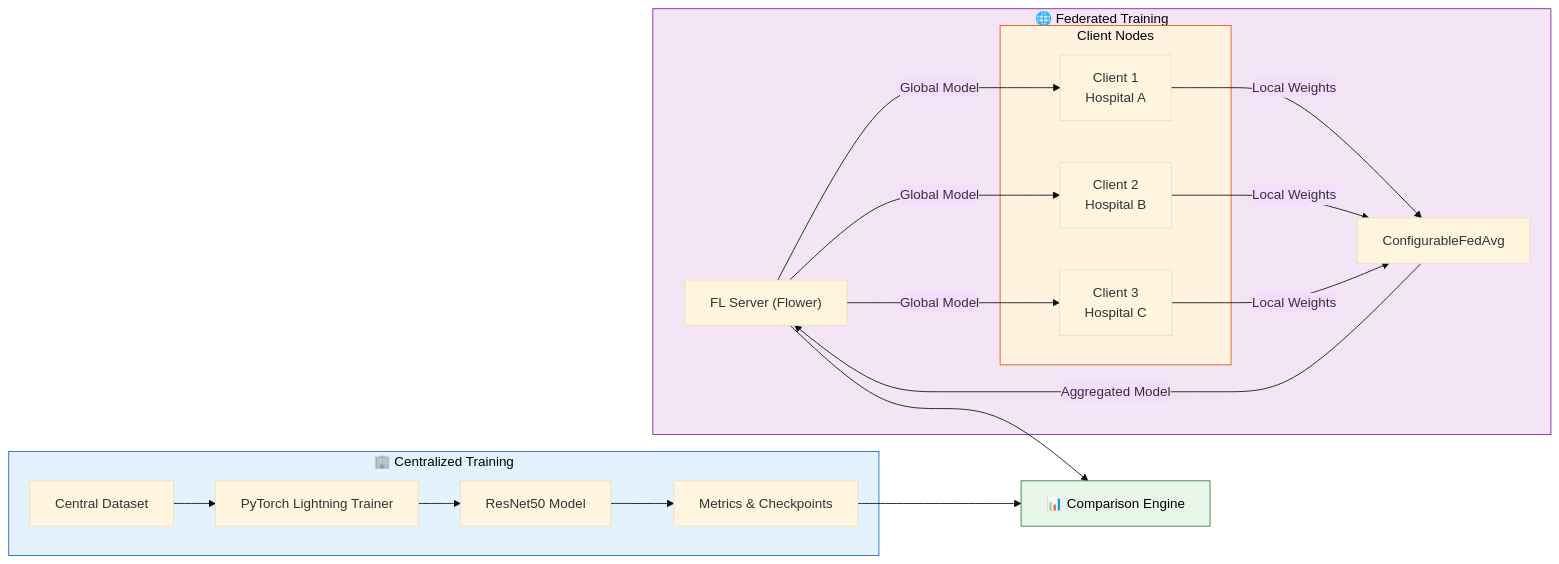
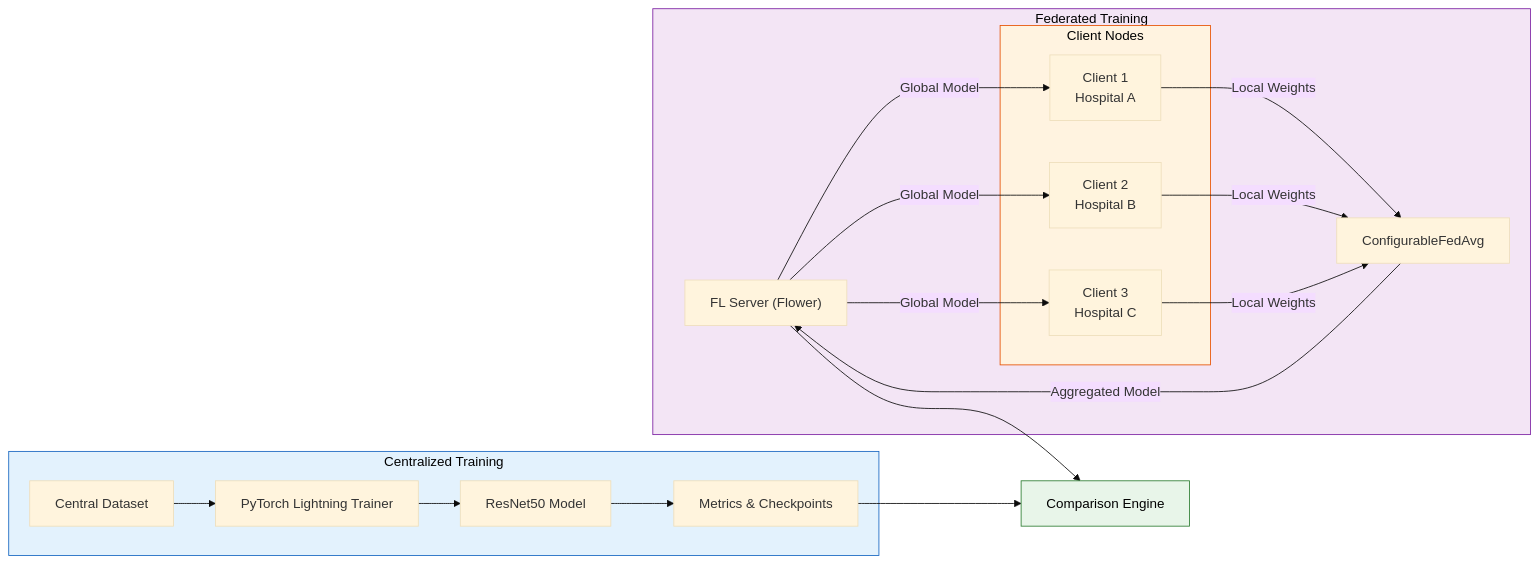
One commit to h19overflow/federated_learning changed the third of 5 diagrams in README.md. Above: the diagram before and after it, drawn with Mermaid (base theme). The commit also changed other lines of this file and 2 other files, not shown here.

Commit message:
refactor: Update .gitignore to exclude Training directory and remove PROJECT_PITCH_SLIDES.md update readme

````diff
--- a/README.md
+++ b/README.md
@@ -111,44 +148,44 @@
 ```mermaid
 graph LR
-    subgraph Centralized["🏢 Centralized Training"]
+    subgraph Centralized["Centralized Training"]
         CData["Central Dataset"]
         CModel["ResNet50 Model"]
         CTrain["PyTorch Lightning Trainer"]
         CMetrics["Metrics & Checkpoints"]
-        
+
         CData --> CTrain
         CTrain --> CModel
         CModel --> CMetrics
     end
 
-    subgraph Federated["🌐 Federated Training"]
+    subgraph Federated["Federated Training"]
         FServer["FL Server (Flower)"]
         FStrategy["ConfigurableFedAvg"]
-        
+
         subgraph Clients["Client Nodes"]
             C1["Client 1<br/>Hospital A"]
             C2["Client 2<br/>Hospital B"]
             C3["Client 3<br/>Hospital C"]
         end
-        
+
         FServer -->|Global Model| C1
         FServer -->|Global Model| C2
         FServer -->|Global Model| C3
-        
+
         C1 -->|Local Weights| FStrategy
         C2 -->|Local Weights| FStrategy
         C3 -->|Local Weights| FStrategy
-        
+
         FStrategy -->|Aggregated Model| FServer
     end
 
     CMetrics --> Comparison
     FServer --> Comparison
-    
-    Comparison["📊 Comparison Engine"]
+
+    Comparison["Comparison Engine"]
 
     style Centralized fill:#E3F2FD,stroke:#1565C0,color:#000
     style Federated fill:#F3E5F5,stroke:#7B1FA2,color:#000
     style Clients fill:#FFF3E0,stroke:#E65100,color:#000
     style Comparison fill:#E8F5E9,stroke:#2E7D32,color:#000
 ```
````
